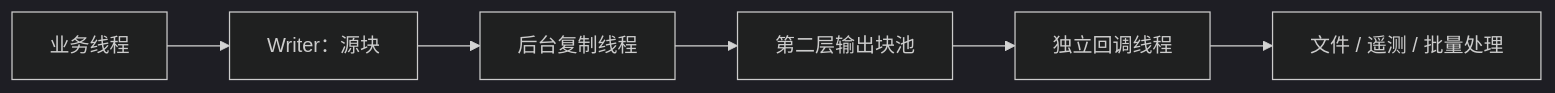
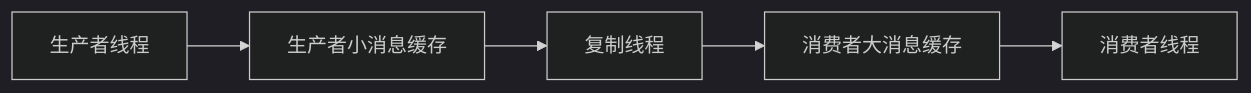
Before and after one commit to xiyang1314/TwoBufQueue: the second of 3 diagrams in README.zh-CN.md, drawn with Mermaid (dark theme). The commit also changed other lines of this file and 112 other files, not shown here.

````diff
--- a/README.zh-CN.md
+++ b/README.zh-CN.md
@@ -13,8 +128,7 @@
 ```mermaid
 flowchart LR
-    A[业务线程] --> B[Writer：源块]
-    B --> C[后台复制线程]
-    C --> D[第二层输出块池]
-    D --> E[独立回调线程]
-    E --> F[文件 / 遥测 / 批量处理]
+    A[生产者线程] --> B[生产者小消息缓存]
+    B --> C[复制线程]
+    C --> D[消费者大消息缓存]
+    D --> E[消费者线程]
 ```
````
